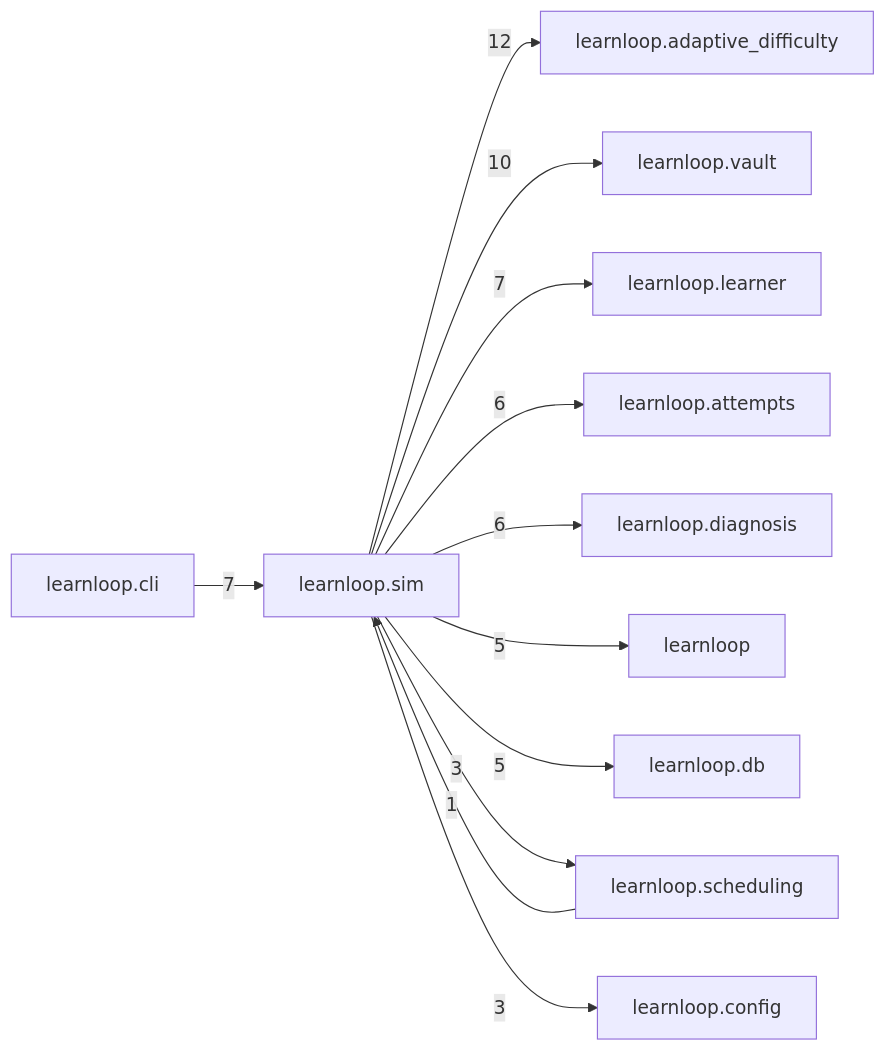
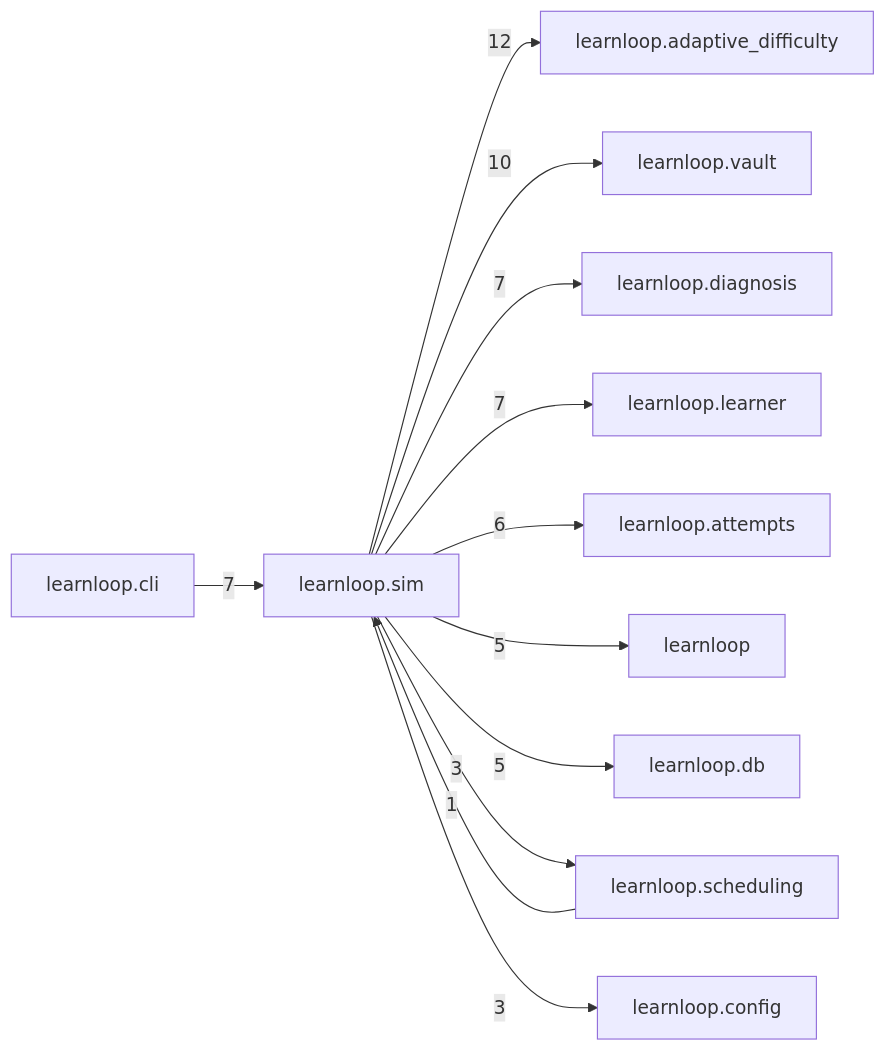
Before and after one commit to 6up-b/learnanything: the diagram in docs/learnloop-architecture-vault/Reference/Modules/learnloop/sim/_package.md, drawn with Mermaid. The commit also changed other lines of this file and 63 other files, not shown here.

````diff
--- a/docs/learnloop-architecture-vault/Reference/Modules/learnloop/sim/_package.md
+++ b/docs/learnloop-architecture-vault/Reference/Modules/learnloop/sim/_package.md
@@ -99,25 +99,25 @@
 ```mermaid
 flowchart LR
     center["learnloop.sim"]
     n_learnloop_adaptive_difficulty["learnloop.adaptive_difficulty"]
     n_learnloop_vault["learnloop.vault"]
     n_learnloop_cli["learnloop.cli"]
+    n_learnloop_diagnosis["learnloop.diagnosis"]
     n_learnloop_learner["learnloop.learner"]
     n_learnloop_attempts["learnloop.attempts"]
-    n_learnloop_diagnosis["learnloop.diagnosis"]
     n_learnloop["learnloop"]
     n_learnloop_db["learnloop.db"]
     n_learnloop_scheduling["learnloop.scheduling"]
     n_learnloop_config["learnloop.config"]
     center -->|12| n_learnloop_adaptive_difficulty
     center -->|10| n_learnloop_vault
     n_learnloop_cli -->|7| center
+    center -->|7| n_learnloop_diagnosis
     center -->|7| n_learnloop_learner
     center -->|6| n_learnloop_attempts
-    center -->|6| n_learnloop_diagnosis
     center -->|5| n_learnloop
     center -->|5| n_learnloop_db
     n_learnloop_scheduling -->|1| center
     center -->|3| n_learnloop_scheduling
     center -->|3| n_learnloop_config
 ```
````
